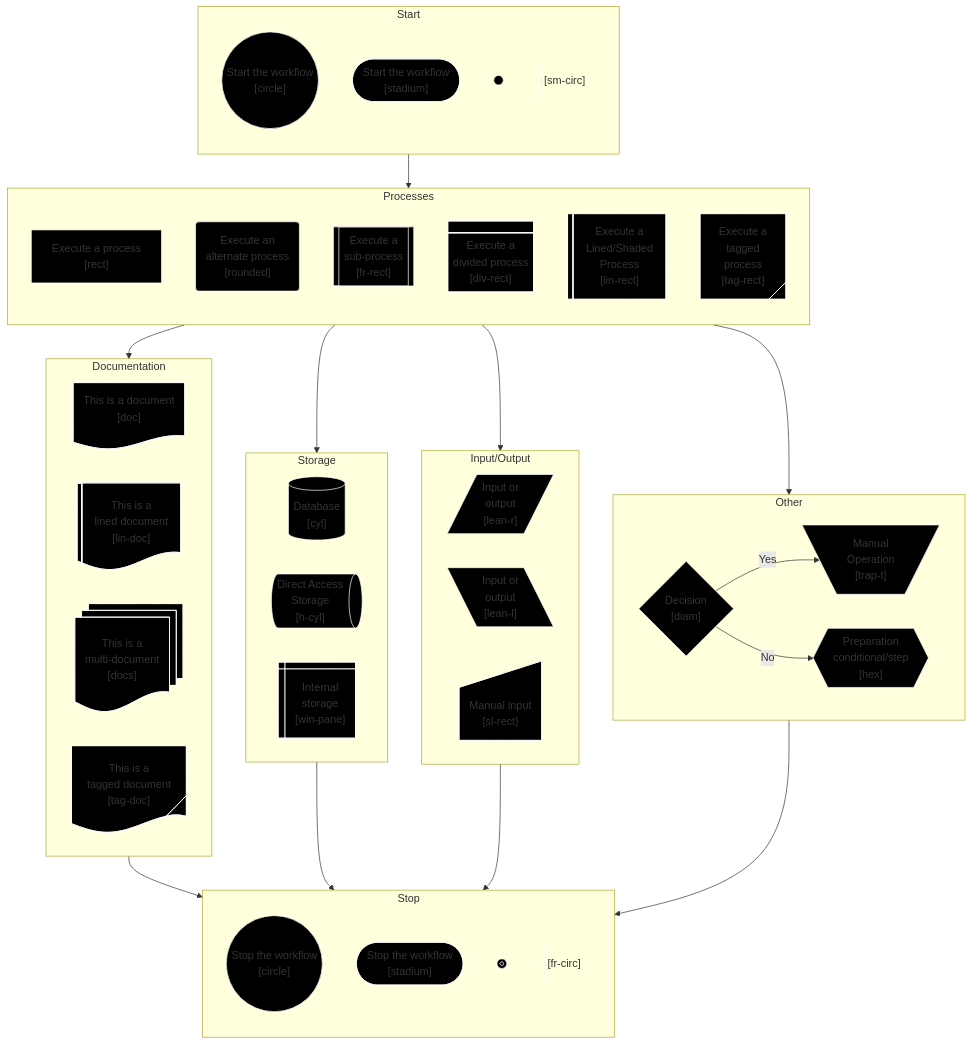
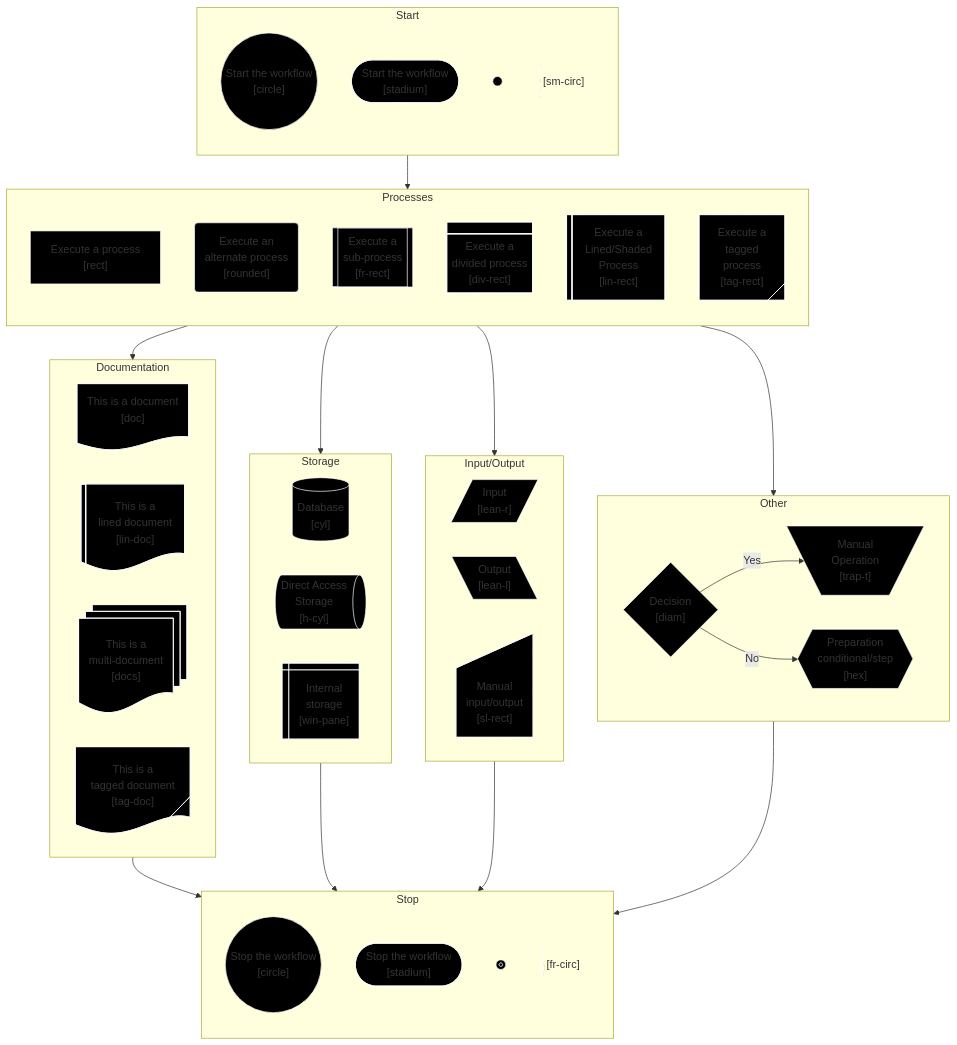
The first of 3 diagrams in profile/mermaid/mermaid-shapes-workflows.md (APrettyCoolProgram/aprettycoolprogram), drawn with Mermaid before and after one commit.

```diff
--- a/profile/mermaid/mermaid-shapes-workflows.md
+++ b/profile/mermaid/mermaid-shapes-workflows.md
@@ -53,9 +53,9 @@
     subgraph InputOutputWorkflow ["Input/Output"]
         direction LR
         %% Components
-        DataInputOutputRight@{shape: lean-r, label: "Input or\noutput\n[lean-r]"}
-        DataInputOutputLeft@{shape: lean-l, label: "Input or\noutput\n[lean-l]"}
-        ManualInput@{shape: sl-rect, label: "Manual input\n[sl-rect]"}
+        DataInputOutputRight@{shape: lean-r, label: "Input\n[lean-r]"}
+        DataInputOutputLeft@{shape: lean-l, label: "Output\n[lean-l]"}
+        ManualInput@{shape: sl-rect, label: "Manual\ninput/output\n[sl-rect]"}
         %% Layout : none
         %% Styles : global
     end
```
